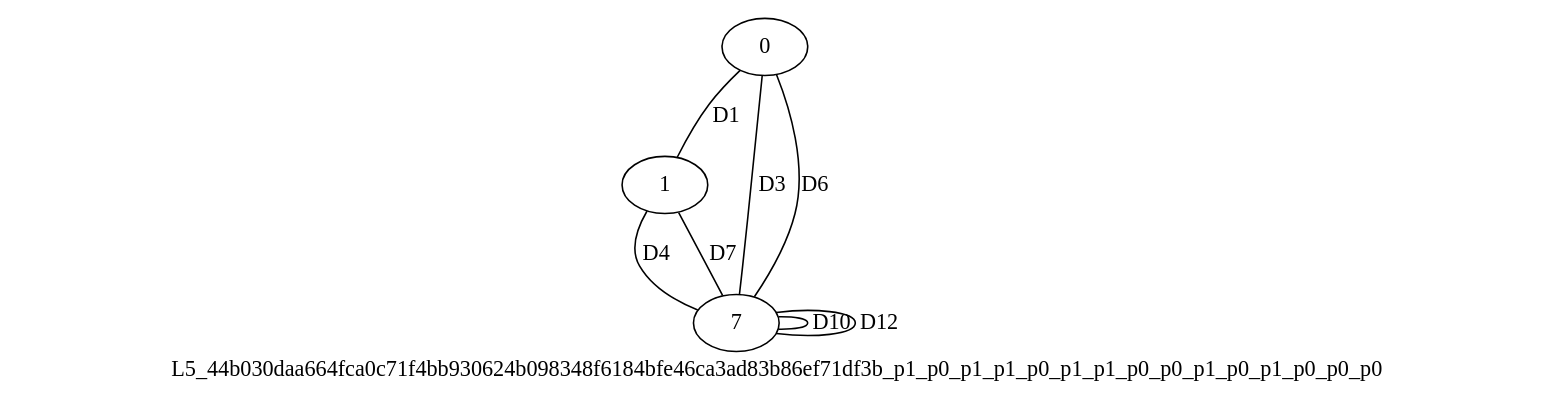
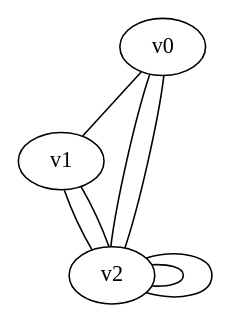
The diagram in 5L/masters/P544/graph.dot (alphal00p/vakint-external-data), drawn with Graphviz before and after one commit. The commit also changed 2205 other files, not shown here.

Commit message:
preserve native master graphs and certified period precision

```diff
--- a/5L/masters/P544/graph.dot
+++ b/5L/masters/P544/graph.dot
@@ -1,16 +1,13 @@
-digraph topology {
-  graph [label="L5_44b030daa664fca0c71f4bb930624b098348f6184bfe46ca3ad83b86ef71df3b_p1_p0_p1_p1_p0_p1_p1_p0_p0_p1_p0_p1_p0_p0_p0"];
-  edge [dir=none];
-  graph [family_powers="[1, 0, 1, 1, 0, 1, 1, 0, 0, 1, 0, 1, 0, 0, 0]", common_basis_slots="zero-based", routing="[[1, 0, 0, 0, 0], [1, 0, -1, 0, 0], [1, 0, 0, -1, 0], [1, 0, 0, 0, -1], [1, -1, 0, 0, 0]]"];
-  v0 [label="0"];
-  v1 [label="1"];
-  v7 [label="7"];
-  v0 -> v1 [label="D1", common_basis_slot=0, parent_slot=0, power=1];
-  v7 -> v0 [label="D3", common_basis_slot=2, parent_slot=6, power=1];
-  v1 -> v7 [label="D4", common_basis_slot=3, parent_slot=7, power=1];
-  v7 -> v0 [label="D6", common_basis_slot=5, parent_slot=3, power=1];
-  v1 -> v7 [label="D7", common_basis_slot=6, parent_slot=4, power=1];
-  v7 -> v7 [label="D10", common_basis_slot=9, parent_slot=11, power=1];
-  v7 -> v7 [label="D12", common_basis_slot=11, parent_slot=9, power=1];
-  graph [numerator_factors="[]"];
+digraph feynkit {
+  graph [feynkit_name="L5_44b030daa664fca0c71f4bb930624b098348f6184bfe46ca3ad83b86ef71df3b_p1_p0_p1_p1_p0_p1_p1_p0_p0_p1_p0_p1_p0_p0_p0", model_fingerprint="67fadf2679bc2baf07722d9e7690708b7e565ca8d3dcc30b295b0d16bd302ca2", symmetry_factor=1, overall_factor="1", numerator="1", numerator_prefactor="1", projector="1", loop_momentum_edges="2,3,4,5,6", loop_momentum_basis="{\"tree_edges\":[0,1],\"loop_edges\":[2,3,4,5,6],\"external_edges\":[],\"dependent_externals\":[],\"edge_signatures\":{\"0\":{\"loops\":[1,0,1,0,0],\"external\":[]},\"1\":{\"loops\":[1,-1,1,0,0],\"external\":[]},\"2\":{\"loops\":[1,0,0,0,0],\"external\":[]},\"3\":{\"loops\":[0,1,0,0,0],\"external\":[]},\"4\":{\"loops\":[0,0,1,0,0],\"external\":[]},\"5\":{\"loops\":[0,0,0,1,0],\"external\":[]},\"6\":{\"loops\":[0,0,0,0,1],\"external\":[]}}}", half_edge_order="[{\"edge\":0,\"endpoint\":\"source\"},{\"edge\":0,\"endpoint\":\"target\"},{\"edge\":1,\"endpoint\":\"source\"},{\"edge\":1,\"endpoint\":\"target\"},{\"edge\":2,\"endpoint\":\"source\"},{\"edge\":2,\"endpoint\":\"target\"},{\"edge\":3,\"endpoint\":\"source\"},{\"edge\":3,\"endpoint\":\"target\"},{\"edge\":4,\"endpoint\":\"source\"},{\"edge\":4,\"endpoint\":\"target\"},{\"edge\":5,\"endpoint\":\"source\"},{\"edge\":5,\"endpoint\":\"target\"},{\"edge\":6,\"endpoint\":\"source\"},{\"edge\":6,\"endpoint\":\"target\"}]", cuts="[]", topology_threshold_candidates="[]", family_powers="[1, 0, 1, 1, 0, 1, 1, 0, 0, 1, 0, 1, 0, 0, 0]", common_basis_slots="zero-based", routing="[[1, 0, 0, 0, 0], [1, 0, -1, 0, 0], [1, 0, 0, -1, 0], [1, 0, 0, 0, -1], [1, -1, 0, 0, 0]]", common_basis_to_graph_loops="[[1, 0, 1, 0, 0], [0, 0, 1, 0, -1], [0, 1, 0, 0, 0], [0, 0, 1, 0, 0], [0, 1, 0, -1, 0]]", parent_sector=32745, census_sector=31736, numerator_factors="[]"];
+  v0 [id=0, feynkit_name="v0", interaction_id=1, interaction="V_SCALAR3", numerator="1"];
+  v1 [id=1, feynkit_name="v1", interaction_id=1, interaction="V_SCALAR3", numerator="1"];
+  v2 [id=2, feynkit_name="v7", interaction_id=6, interaction="V_SCALAR8", numerator="1"];
+  v0 -> v1 [id=0, particle_id=0, pdg=9000001, particle="phi", directed="false", source_slot=0, target_slot=0, dir="none", numerator="1", power=1, common_basis_slot=0, parent_slot=0, source_momentum_sign=1];
+  v2 -> v0 [id=1, particle_id=0, pdg=9000001, particle="phi", directed="false", source_slot=0, target_slot=1, dir="none", numerator="1", power=1, common_basis_slot=5, parent_slot=3, source_momentum_sign=1];
+  v1 -> v2 [id=2, particle_id=0, pdg=9000001, particle="phi", directed="false", source_slot=1, target_slot=1, dir="none", numerator="1", power=1, common_basis_slot=6, parent_slot=4, source_momentum_sign=1, lmb_id=0];
+  v2 -> v0 [id=3, particle_id=0, pdg=9000001, particle="phi", directed="false", source_slot=2, target_slot=2, dir="none", numerator="1", power=1, common_basis_slot=2, parent_slot=6, source_momentum_sign=1, lmb_id=1];
+  v1 -> v2 [id=4, particle_id=0, pdg=9000001, particle="phi", directed="false", source_slot=2, target_slot=3, dir="none", numerator="1", power=1, common_basis_slot=3, parent_slot=7, source_momentum_sign=1, lmb_id=2];
+  v2 -> v2 [id=5, particle_id=0, pdg=9000001, particle="phi", directed="false", source_slot=4, target_slot=5, dir="none", numerator="1", power=1, common_basis_slot=11, parent_slot=9, source_momentum_sign=1, lmb_id=3];
+  v2 -> v2 [id=6, particle_id=0, pdg=9000001, particle="phi", directed="false", source_slot=6, target_slot=7, dir="none", numerator="1", power=1, common_basis_slot=9, parent_slot=11, source_momentum_sign=-1, lmb_id=4];
 }
```
